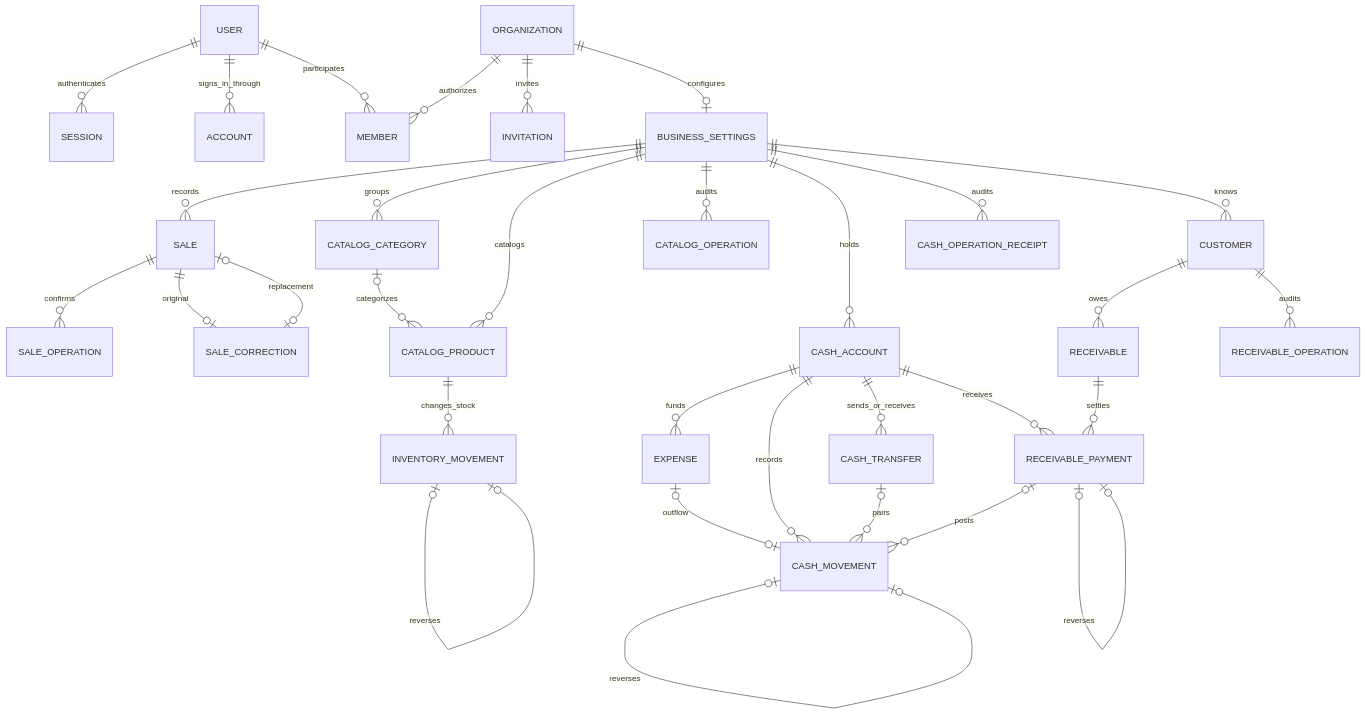
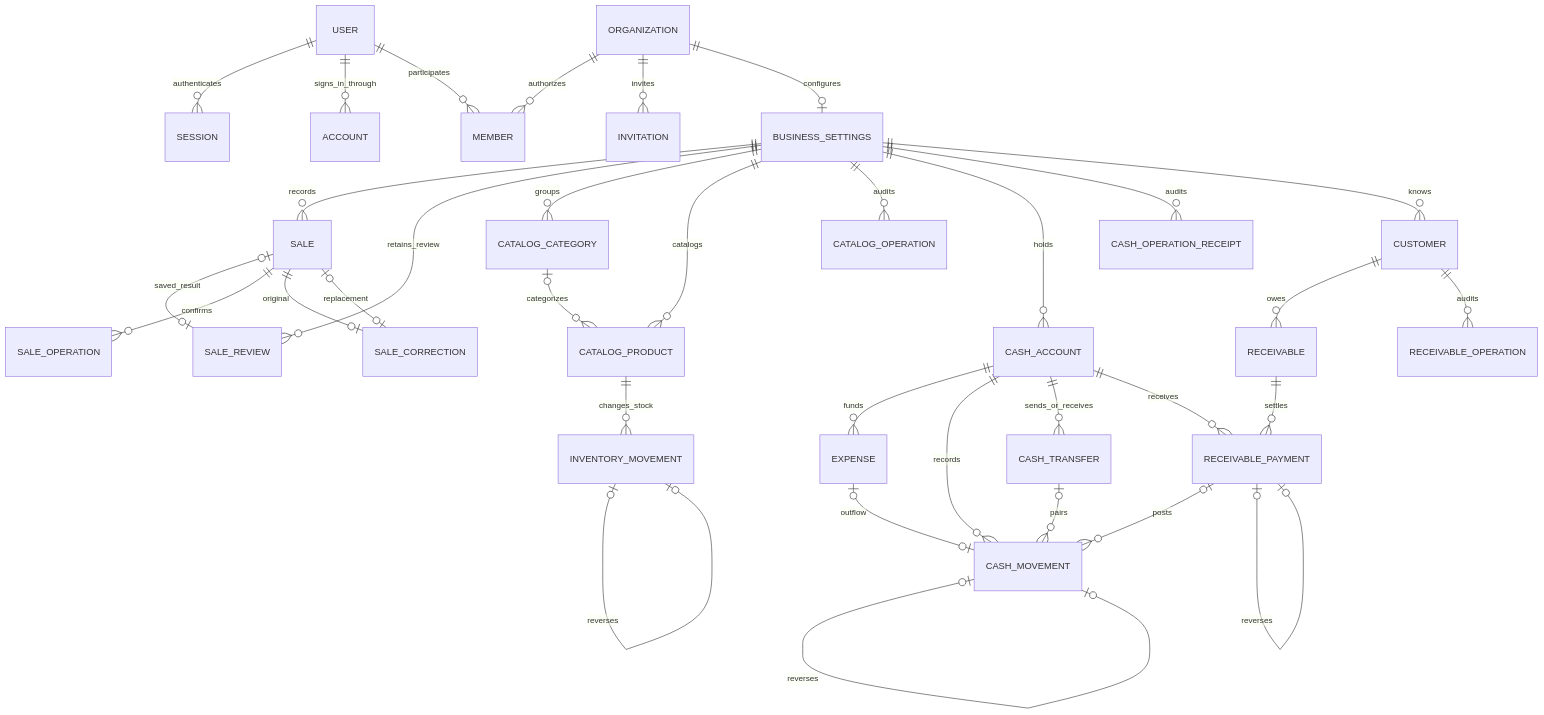
One commit to Eclalune-BTC/pisto-app changed the diagram in docs/data-model.md. Above: the diagram before and after it, drawn with Mermaid. The commit also changed other lines of this file and 48 other files, not shown here.

First line of the commit message:
docs: retire obsolete architecture and agent handoffs

````diff
--- a/docs/data-model.md
+++ b/docs/data-model.md
@@ -41,34 +28,36 @@
 ```mermaid
 erDiagram
     USER ||--o{ SESSION : authenticates
     USER ||--o{ ACCOUNT : signs_in_through
     USER ||--o{ MEMBER : participates
     ORGANIZATION ||--o{ MEMBER : authorizes
     ORGANIZATION ||--o{ INVITATION : invites
     ORGANIZATION ||--o| BUSINESS_SETTINGS : configures
     BUSINESS_SETTINGS ||--o{ SALE : records
+    BUSINESS_SETTINGS ||--o{ SALE_REVIEW : retains_review
+    SALE o|--o| SALE_REVIEW : saved_result
     SALE ||--o{ SALE_OPERATION : confirms
     SALE ||--o| SALE_CORRECTION : original
     SALE o|--o| SALE_CORRECTION : replacement
     BUSINESS_SETTINGS ||--o{ CATALOG_CATEGORY : groups
     CATALOG_CATEGORY o|--o{ CATALOG_PRODUCT : categorizes
     BUSINESS_SETTINGS ||--o{ CATALOG_PRODUCT : catalogs
     CATALOG_PRODUCT ||--o{ INVENTORY_MOVEMENT : changes_stock
     INVENTORY_MOVEMENT o|--o| INVENTORY_MOVEMENT : reverses
     BUSINESS_SETTINGS ||--o{ CATALOG_OPERATION : audits
     BUSINESS_SETTINGS ||--o{ CASH_ACCOUNT : holds
     CASH_ACCOUNT ||--o{ EXPENSE : funds
     CASH_ACCOUNT ||--o{ CASH_MOVEMENT : records
     CASH_ACCOUNT ||--o{ CASH_TRANSFER : sends_or_receives
     CASH_TRANSFER o|--o{ CASH_MOVEMENT : pairs
     EXPENSE o|--o| CASH_MOVEMENT : outflow
     CASH_MOVEMENT o|--o| CASH_MOVEMENT : reverses
     BUSINESS_SETTINGS ||--o{ CASH_OPERATION_RECEIPT : audits
     BUSINESS_SETTINGS ||--o{ CUSTOMER : knows
     CUSTOMER ||--o{ RECEIVABLE : owes
     RECEIVABLE ||--o{ RECEIVABLE_PAYMENT : settles
     CASH_ACCOUNT ||--o{ RECEIVABLE_PAYMENT : receives
     RECEIVABLE_PAYMENT o|--o{ CASH_MOVEMENT : posts
     RECEIVABLE_PAYMENT o|--o| RECEIVABLE_PAYMENT : reverses
     CUSTOMER ||--o{ RECEIVABLE_OPERATION : audits
 ```
````
